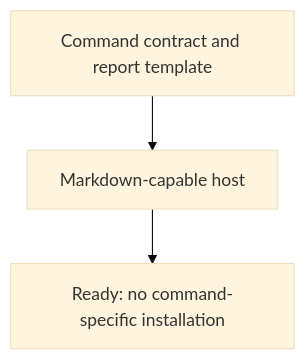
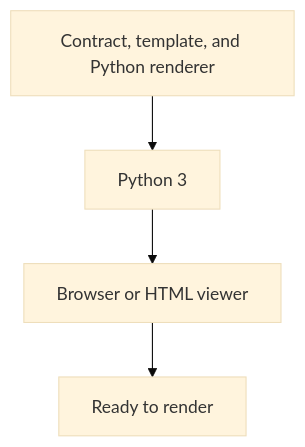
One commit to starodubtsevconsulting/ai-commands changed the third of 4 diagrams in show-context/README.md. Above: the diagram before and after it, drawn with Mermaid (base theme). The commit also changed other lines of this file and 3 other files, not shown here.

````diff
--- a/show-context/README.md
+++ b/show-context/README.md
@@ -43,6 +48,7 @@
 ```mermaid
 flowchart TD
-  Package["Command contract and report template"]
-  Package --> Host["Markdown-capable host"]
-  Host --> Ready["Ready: no command-specific installation"]
+  Package["Contract, template, and Python renderer"]
+  Package --> Python["Python 3"]
+  Python --> Viewer["Browser or HTML viewer"]
+  Viewer --> Ready["Ready to render"]
 ```
````
